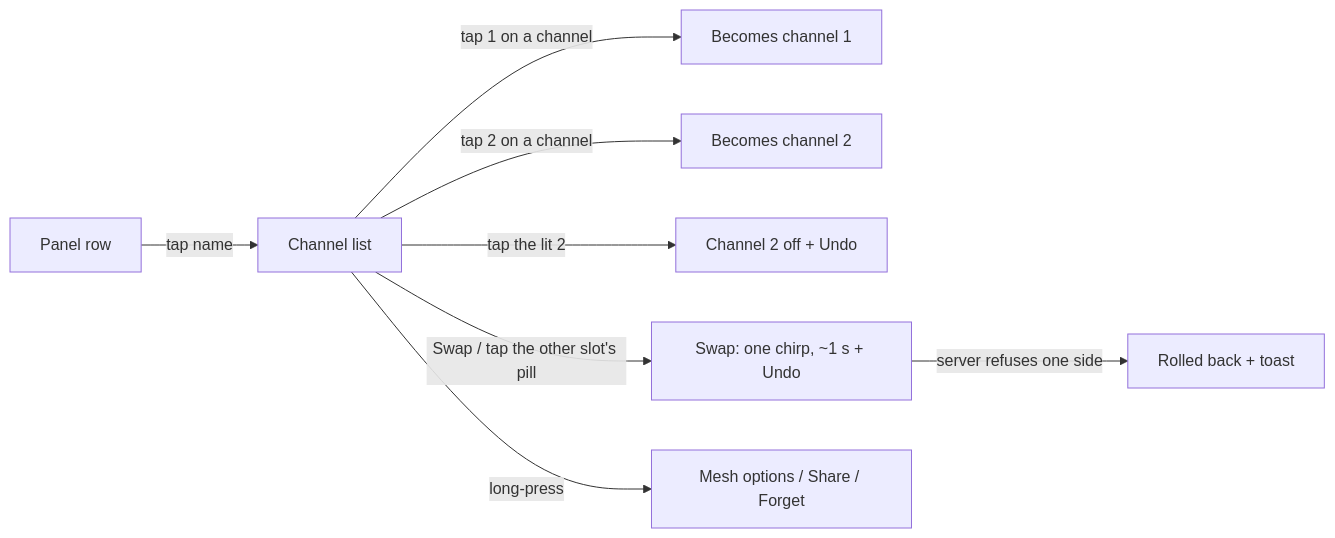
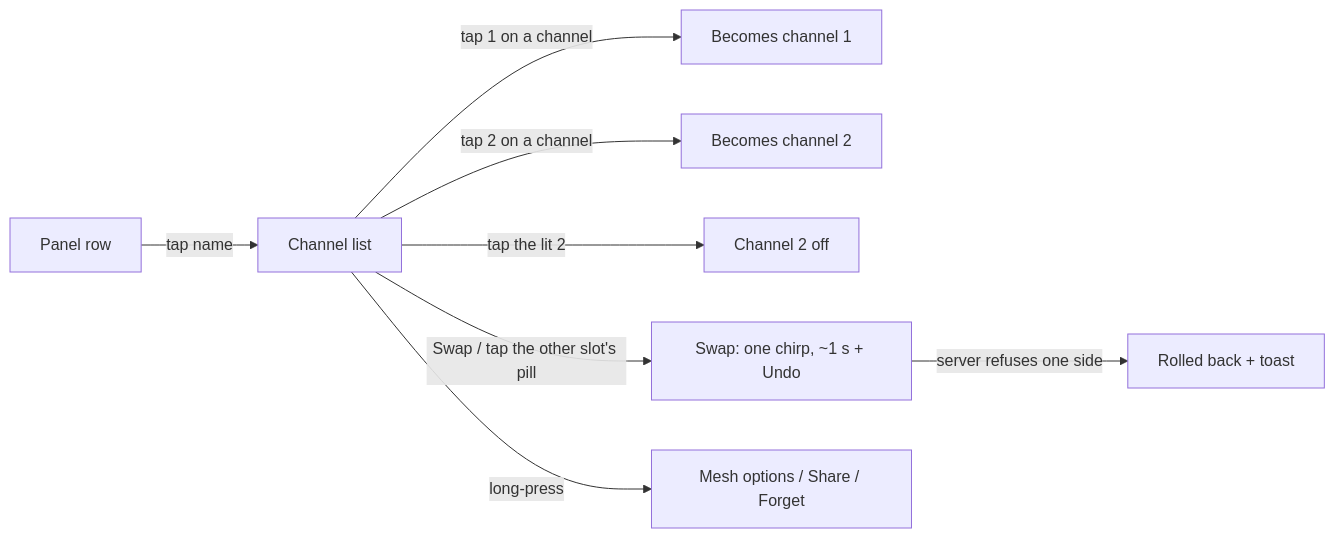
The second of 5 diagrams in docs/ux-workflows.md (TX-TAK/TAK-XVoice), drawn with Mermaid before and after one commit. The commit also changed other lines of this file and 4 other files, not shown here.

````diff
--- a/docs/ux-workflows.md
+++ b/docs/ux-workflows.md
@@ -146,10 +146,10 @@
 ```mermaid
 flowchart LR
     P[Panel row] -->|tap name| L[Channel list]
     L -->|tap 1 on a channel| C1[Becomes channel 1]
     L -->|tap 2 on a channel| C2[Becomes channel 2]
-    L -->|tap the lit 2| OFF[Channel 2 off + Undo]
+    L -->|tap the lit 2| OFF[Channel 2 off]
     L -->|Swap / tap the other slot's pill| SW[Swap: one chirp, ~1 s + Undo]
     SW -->|server refuses one side| RB[Rolled back + toast]
     L -->|long-press| M[Mesh options / Share / Forget]
 ```
````
